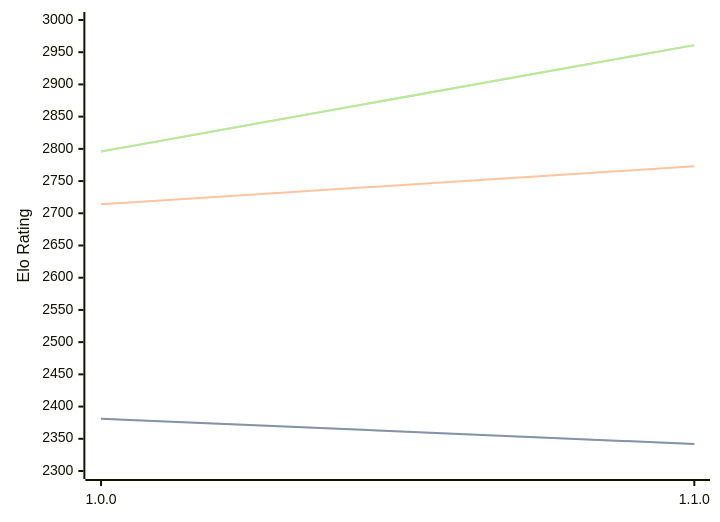
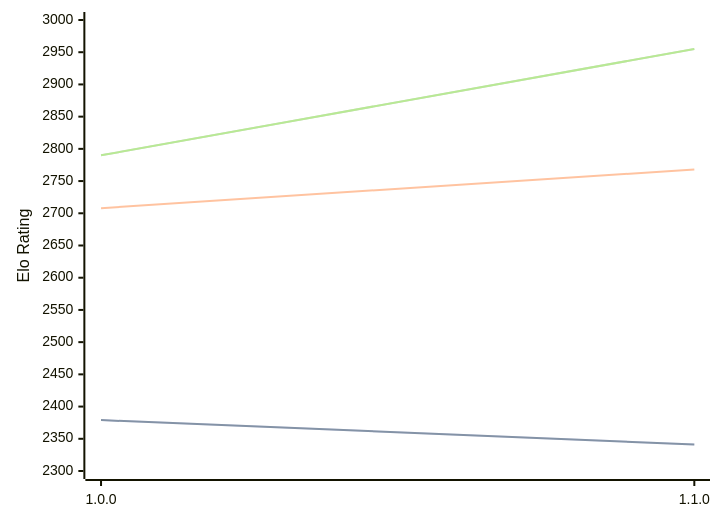
Before and after one commit to computer-chess-index/cci: the diagram in engines/ShallowGuess.md, drawn with Mermaid. The commit also changed other lines of this file, not shown here.

Commit message:
Update CCI Ratings (ELO VLTC) - 2026-05-18

````diff
--- a/engines/ShallowGuess.md
+++ b/engines/ShallowGuess.md
@@ -36,11 +36,11 @@
 ```mermaid
 %%{init: {"theme":"base","themeVariables":{"seriesColors:['#a3a3a3','#222221','#faa371']}}}%%
 xychart-beta
   x-axis ["1.0.0", "1.1.0"]
   y-axis "Elo Rating" 2300 --> 3000
-  line "STC (8.0+0.08s)" [2381, 2342]
-  line "STC (8.0+0.08s)" [2381, 2342]
-  line "LTC (60.0+0.60s)" [2714, 2773]
-  line "VLTC (2m24s+1.12s)" [2796, 2961]
-  line "VLTC (2m24s+1.12s)" [2796, 2961]
+  line "STC (8.0+0.08s)" [2379, 2341]
+  line "STC (8.0+0.08s)" [2379, 2341]
+  line "LTC (60.0+0.60s)" [2708, 2768]
+  line "VLTC (2m24s+1.12s)" [2790, 2955]
+  line "VLTC (2m24s+1.12s)" [2790, 2955]
 ```
````
